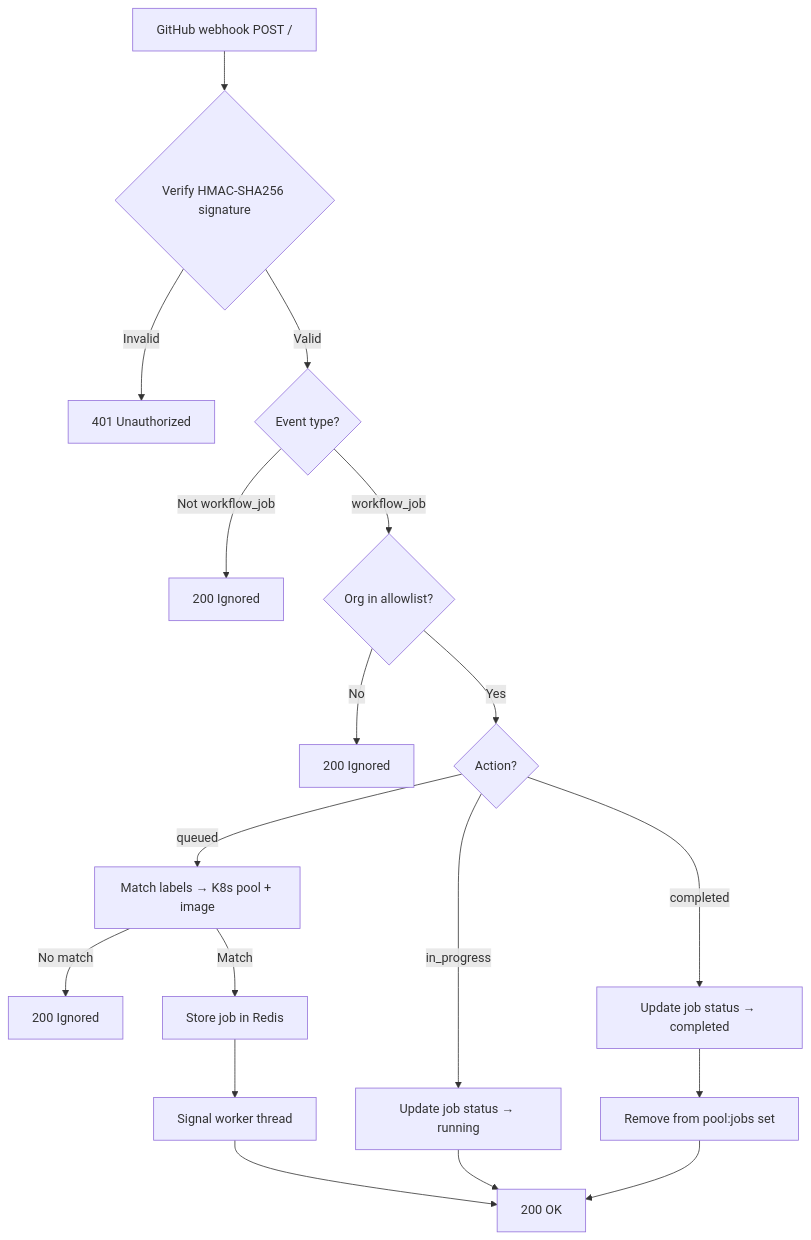
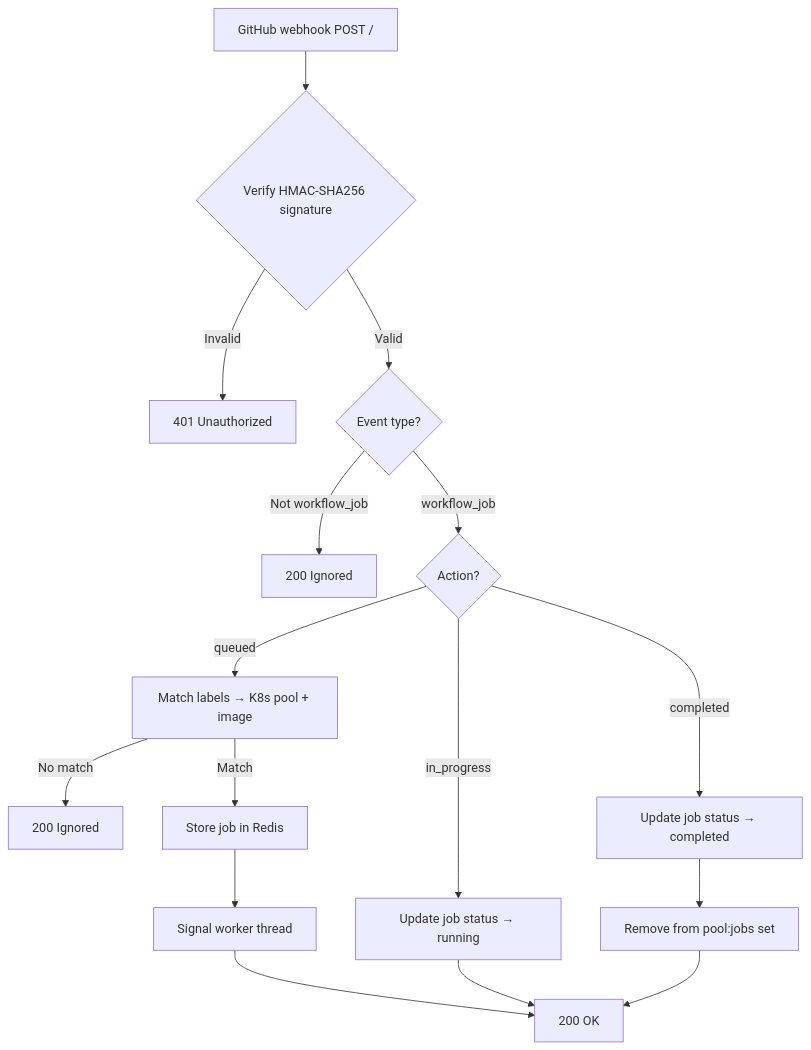
One commit to riseproject-dev/riscv-runner changed the diagram in docs/architecture/handler.md. Above: the diagram before and after it, drawn with Mermaid. The commit also changed other lines of this file and 6 other files, not shown here.

````diff
--- a/docs/architecture/handler.md
+++ b/docs/architecture/handler.md
@@ -15,20 +15,18 @@
 ```mermaid
 flowchart TD
     A[GitHub webhook POST /] --> B{Verify HMAC-SHA256 signature}
     B -->|Invalid| C[401 Unauthorized]
     B -->|Valid| D{Event type?}
     D -->|Not workflow_job| E[200 Ignored]
-    D -->|workflow_job| F{Org in allowlist?}
-    F -->|No| G[200 Ignored]
-    F -->|Yes| H{Action?}
+    D -->|workflow_job| H{Action?}
     H -->|queued| I[Match labels → K8s pool + image]
     I -->|No match| J[200 Ignored]
     I -->|Match| K[Store job in Redis]
     K --> L[Signal worker thread]
     L --> M[200 OK]
     H -->|in_progress| N[Update job status → running]
     N --> M
     H -->|completed| O[Update job status → completed]
     O --> P[Remove from pool:jobs set]
     P --> M
 ```
````
